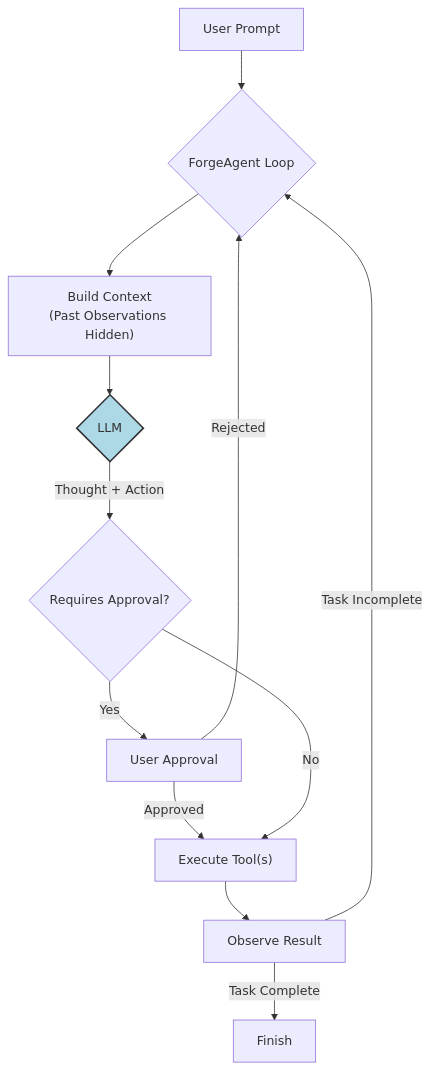
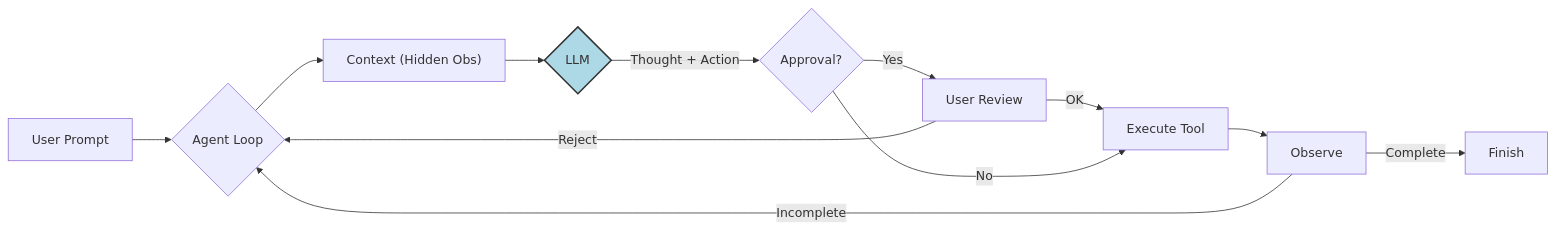
Before and after one commit to yanard18/com.denizyanar.forgeai: the second of 2 diagrams in README.md, drawn with Mermaid. The commit also changed other lines of this file, not shown here.

Commit message:
docs: Compact diagrams to LR layout for GitHub readability

````diff
--- a/README.md
+++ b/README.md
@@ -60,16 +60,16 @@
 ```mermaid
-graph TD
-    A[User Prompt] --> B{ForgeAgent Loop};
-    B --> C["Build Context\n(Past Observations Hidden)"];
+graph LR
+    A[User Prompt] --> B{Agent Loop};
+    B --> C["Context (Hidden Obs)"];
     C --> D{LLM};
-    D -- "Thought + Action" --> E{Requires Approval?};
-    E -- Yes --> F[User Approval];
-    F -- Approved --> G["Execute Tool(s)"];
-    F -- Rejected --> B;
+    D -- "Thought + Action" --> E{Approval?};
+    E -- Yes --> F[User Review];
+    F -- OK --> G["Execute Tool"];
+    F -- Reject --> B;
     E -- No --> G;
-    G --> H[Observe Result];
-    H -- "Task Incomplete" --> B;
-    H -- "Task Complete" --> I[Finish];
+    G --> H[Observe];
+    H -- "Incomplete" --> B;
+    H -- "Complete" --> I[Finish];
 
     style D fill:#add8e6,stroke:#333,stroke-width:2px
 ```
````
